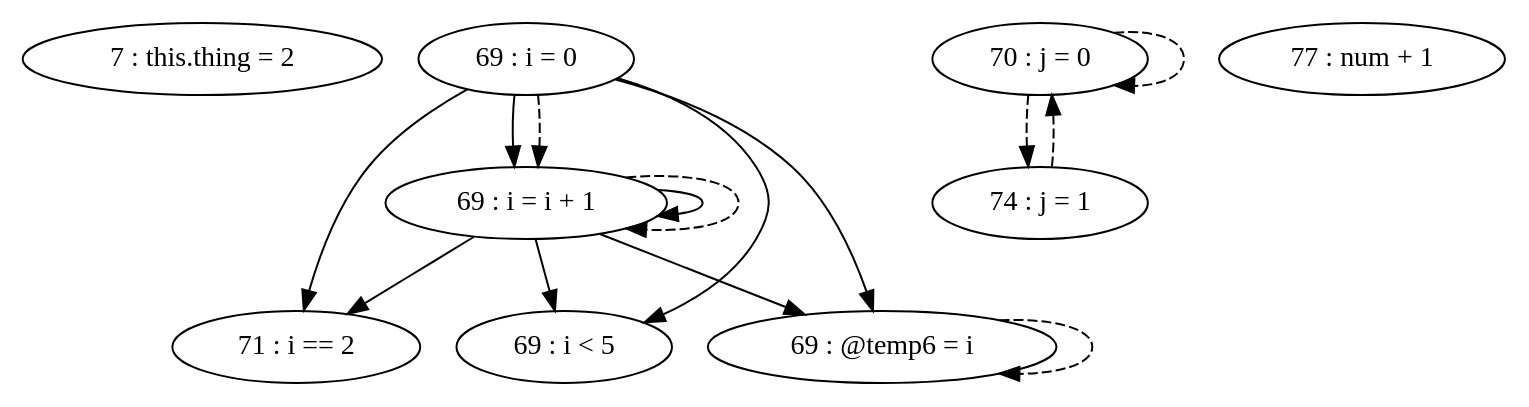
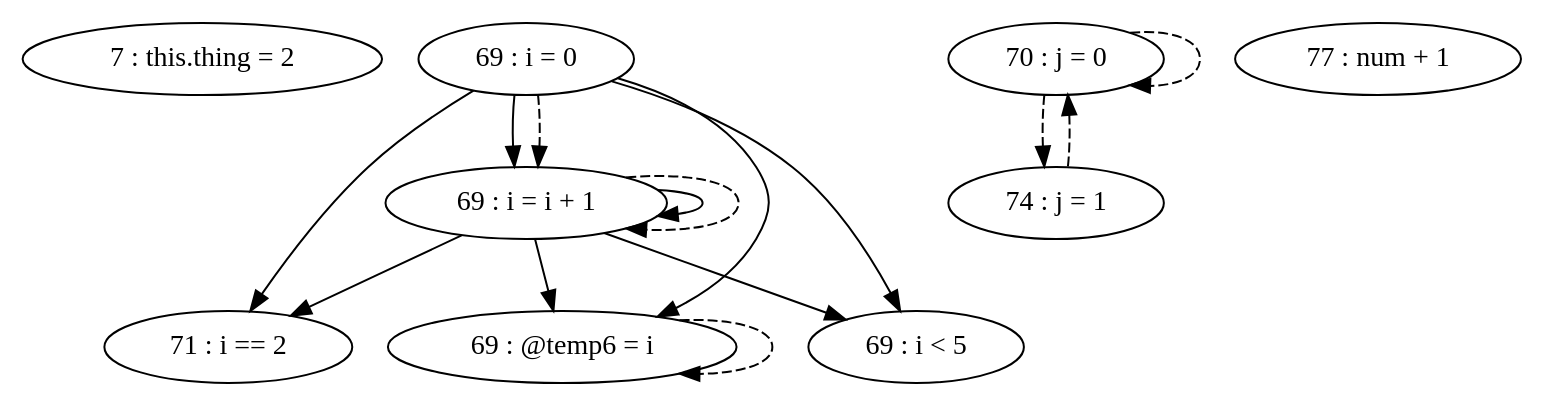
The diagram in pdg/source/testFile-getNum.gv (thomassimko/thesis-code-duplication), drawn with Graphviz before and after one commit. The commit also changed other lines of this file and 4 other files, not shown here.

```diff
--- a/pdg/source/testFile-getNum.gv
+++ b/pdg/source/testFile-getNum.gv
@@ -1,25 +1,25 @@
 digraph G {
 "7 : this.thing = 2"
 "69 : i = 0"
+"69 : i = 0" -> "71 : i == 2"
+"69 : i = 0" -> "69 : @temp6 = i"
+"69 : i = 0" -> "69 : i < 5"
 "69 : i = 0" -> "69 : i = i + 1"
-"69 : i = 0" -> "71 : i == 2"
-"69 : i = 0" -> "69 : i < 5"
-"69 : i = 0" -> "69 : @temp6 = i"
 "69 : i = 0" -> "69 : i = i + 1" [style=dashed]
 "69 : i < 5"
 "70 : j = 0"
+"70 : j = 0" -> "70 : j = 0" [style=dashed]
 "70 : j = 0" -> "74 : j = 1" [style=dashed]
-"70 : j = 0" -> "70 : j = 0" [style=dashed]
 "71 : i == 2"
 "77 : num + 1"
 "74 : j = 1"
 "74 : j = 1" -> "70 : j = 0" [style=dashed]
 "69 : @temp6 = i"
 "69 : @temp6 = i" -> "69 : @temp6 = i" [style=dashed]
 "69 : i = i + 1"
+"69 : i = i + 1" -> "71 : i == 2"
+"69 : i = i + 1" -> "69 : @temp6 = i"
+"69 : i = i + 1" -> "69 : i < 5"
 "69 : i = i + 1" -> "69 : i = i + 1"
-"69 : i = i + 1" -> "71 : i == 2"
-"69 : i = i + 1" -> "69 : i < 5"
-"69 : i = i + 1" -> "69 : @temp6 = i"
 "69 : i = i + 1" -> "69 : i = i + 1" [style=dashed]
 }
```
